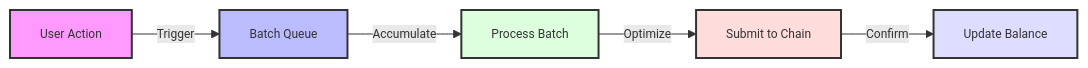
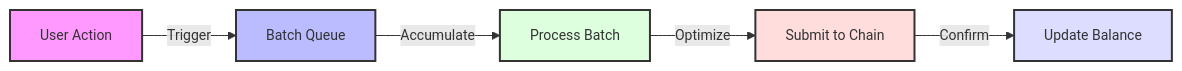
Before and after one commit to MEMEFANS/memefans: the third of 4 diagrams in docs/whitepaper/executive-summary.md, drawn with Mermaid. The commit also changed other lines of this file, not shown here.

Commit message:
adjust: increase diagram sizes and font size for better readability

````diff
--- a/docs/whitepaper/executive-summary.md
+++ b/docs/whitepaper/executive-summary.md
@@ -68,13 +68,13 @@
 ```mermaid
-%%{init: {'theme': 'default', 'themeVariables': { 'fontSize': '12px'}, 'flowchart': {'width': 400, 'height': 200 }}}%%
+%%{init: {'theme': 'default', 'themeVariables': { 'fontSize': '14px'}, 'flowchart': {'width': 600, 'height': 300 }}}%%
 graph LR
     A[User Action] -->|Trigger| B[Batch Queue]
     B -->|Accumulate| C[Process Batch]
     C -->|Optimize| D[Submit to Chain]
     D -->|Confirm| E[Update Balance]
     style A fill:#f9f,stroke:#333,stroke-width:2px
     style B fill:#bbf,stroke:#333,stroke-width:2px
     style C fill:#dfd,stroke:#333,stroke-width:2px
     style D fill:#fdd,stroke:#333,stroke-width:2px
     style E fill:#ddf,stroke:#333,stroke-width:2px
 ```
````
